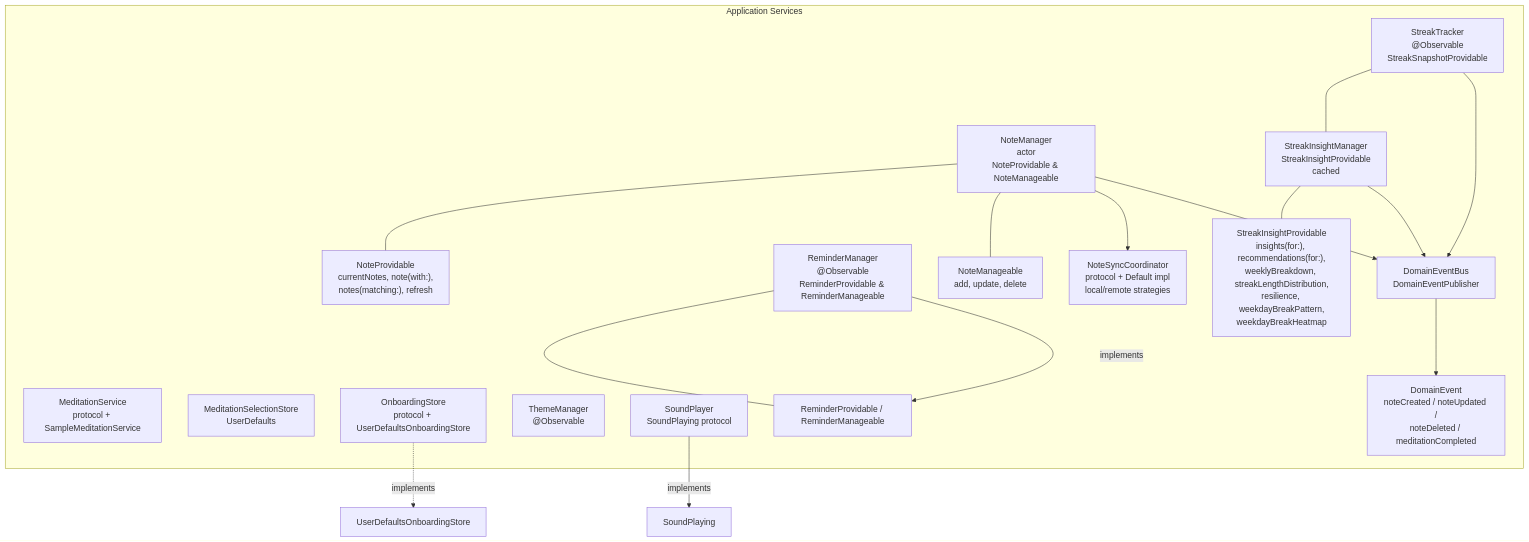
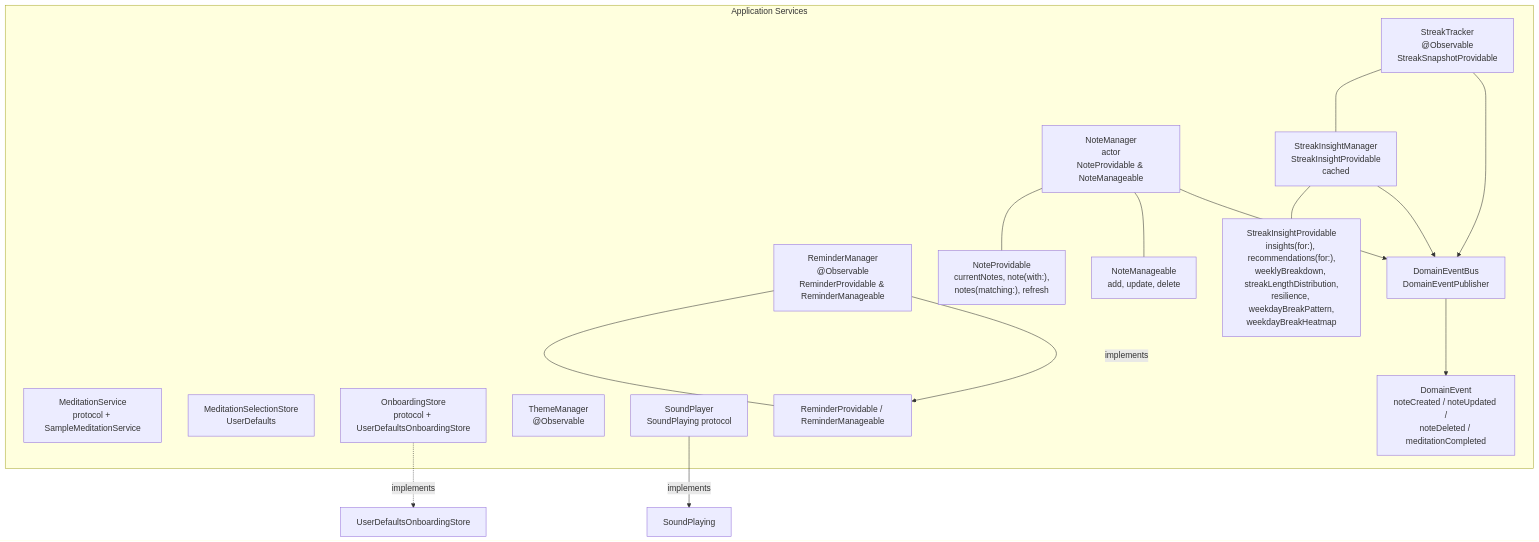
Before and after one commit to kwazzar/MeditateAndNote: the fifth of 8 diagrams in ARCHITECTURE.md, drawn with Mermaid. The commit also changed other lines of this file and 1 other file, not shown here.

First line of the commit message:
docs(arch): remove dead remote sync layer from ARCHITECTURE.md

````diff
--- a/ARCHITECTURE.md
+++ b/ARCHITECTURE.md
@@ -279,37 +277,35 @@
 ```mermaid
 graph TB
     subgraph App["Application Services"]
         NM["NoteManager<br/>actor<br/>NoteProvidable & NoteManageable"]
-        Sync["NoteSyncCoordinator<br/>protocol + Default impl<br/>local/remote strategies"]
         MeditSvc["MeditationService<br/>protocol + SampleMeditationService"]
         SelStore["MeditationSelectionStore<br/>UserDefaults"]
         StreakTracker["StreakTracker<br/>@Observable<br/>StreakSnapshotProvidable"]
         InsightMgr["StreakInsightManager<br/>StreakInsightProvidable<br/>cached"]
         ReminderMgr["ReminderManager<br/>@Observable<br/>ReminderProvidable & ReminderManageable"]
         OnbStore["OnboardingStore<br/>protocol + UserDefaultsOnboardingStore"]
         ThemeManager["ThemeManager<br/>@Observable"]
         Sound["SoundPlayer<br/>SoundPlaying protocol"]
         Bus["DomainEventBus<br/>DomainEventPublisher"]
 
         NoteProv["NoteProvidable<br/>currentNotes, note(with:),<br/>notes(matching:), refresh"]
         NoteMan["NoteManageable<br/>add, update, delete"]
         InsightProv["StreakInsightProvidable<br/>insights(for:), recommendations(for:),<br/>weeklyBreakdown, streakLengthDistribution,<br/>resilience, weekdayBreakPattern,<br/>weekdayBreakHeatmap"]
         RemindProv["ReminderProvidable / ReminderManageable"]
 
         Evt["DomainEvent<br/>noteCreated / noteUpdated /<br/>noteDeleted / meditationCompleted"]
     end
 
     NM --- NoteProv
     NM --- NoteMan
-    NM --> Sync
     NM --> Bus
     StreakTracker ---- InsightMgr
     InsightMgr --- InsightProv
     ReminderMgr --- RemindProv
     OnbStore -.->|"implements"| UserDefaultsOnboardingStore
     StreakTracker --> Bus
     InsightMgr --> Bus
     ReminderMgr -->|"implements"| RemindProv
     Sound -->|"implements"| SoundP["SoundPlaying"]
     Bus --> Evt
 ```
````
